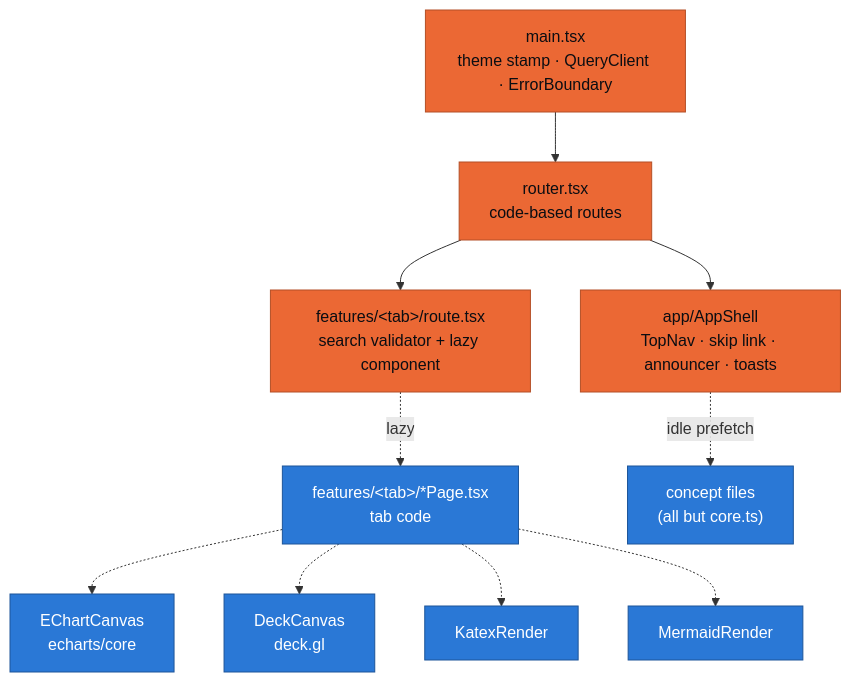
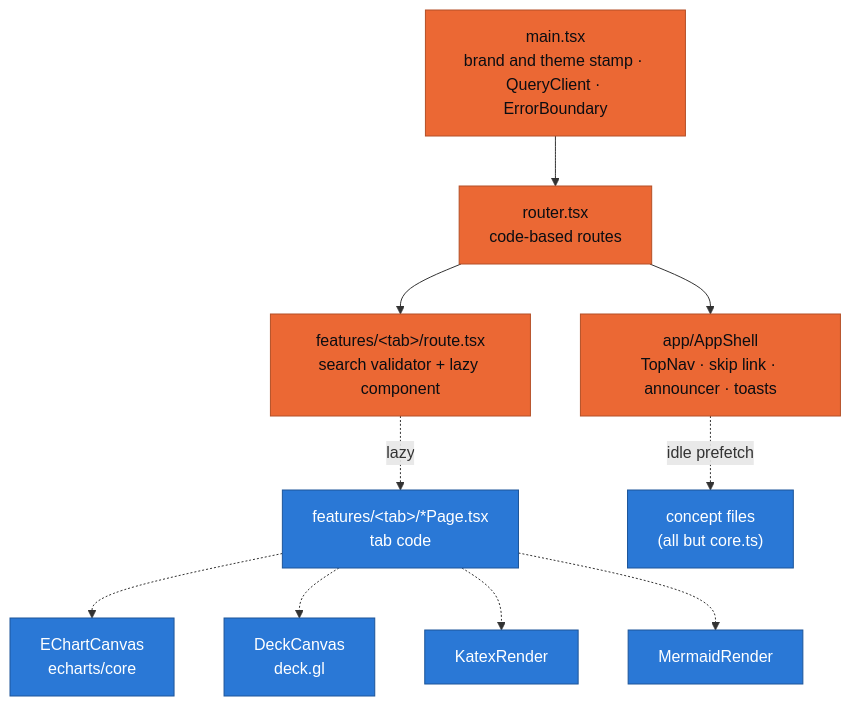
Before and after one commit to albertols/synthetic-llm-dataflow-bigquery: the second of 7 diagrams in gui/docs/ARCHITECTURE.md, drawn with Mermaid.

Commit message:
docs(gui): the architecture diagram names the brand and theme stamp in main.tsx
Claude-Session: https://claude.ai/code/session_0121YPqe7hBsbmzj1dkZtc5w

````diff
--- a/gui/docs/ARCHITECTURE.md
+++ b/gui/docs/ARCHITECTURE.md
@@ -48,21 +48,21 @@
 ```mermaid
 flowchart TB
   classDef shell fill:#eb6834,color:#0b0d12,stroke:#b44f26
   classDef lazy  fill:#2a78d6,color:#fff,stroke:#1d5599
 
-  MAIN["main.tsx<br/>theme stamp · QueryClient · ErrorBoundary"]:::shell
+  MAIN["main.tsx<br/>brand and theme stamp · QueryClient · ErrorBoundary"]:::shell
   ROUTER["router.tsx<br/>code-based routes"]:::shell
   SHELL["app/AppShell<br/>TopNav · skip link · announcer · toasts"]:::shell
   ROUTES["features/&lt;tab&gt;/route.tsx<br/>search validator + lazy component"]:::shell
   PAGES["features/&lt;tab&gt;/*Page.tsx<br/>tab code"]:::lazy
   ECH["EChartCanvas<br/>echarts/core"]:::lazy
   DECK["DeckCanvas<br/>deck.gl"]:::lazy
   KTX["KatexRender"]:::lazy
   MER["MermaidRender"]:::lazy
   CONC["concept files<br/>(all but core.ts)"]:::lazy
 
   MAIN --> ROUTER --> SHELL
   ROUTER --> ROUTES -.->|"lazy"| PAGES
   PAGES -.-> ECH & DECK & KTX & MER
   SHELL -.->|"idle prefetch"| CONC
 ```
````
